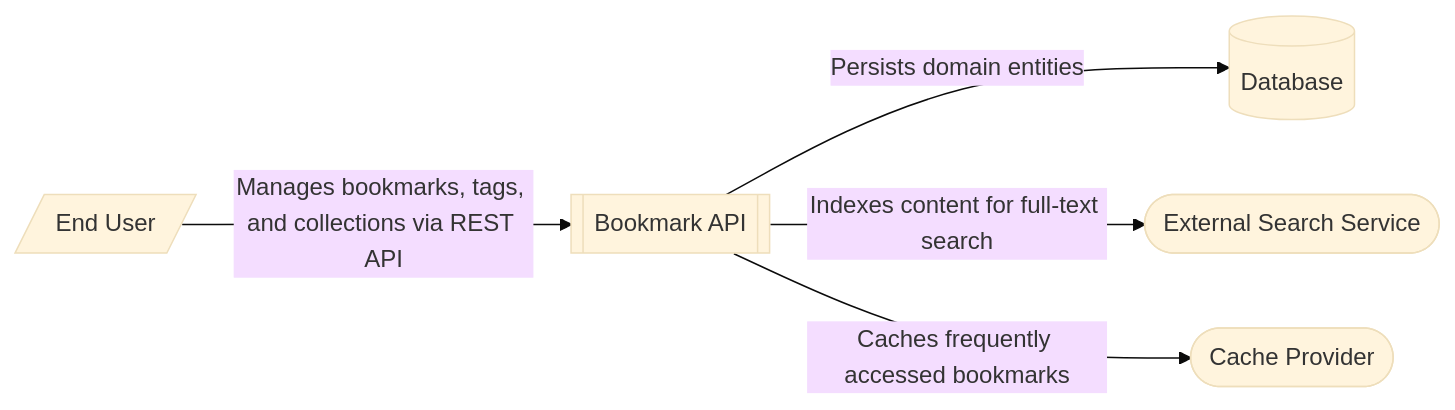
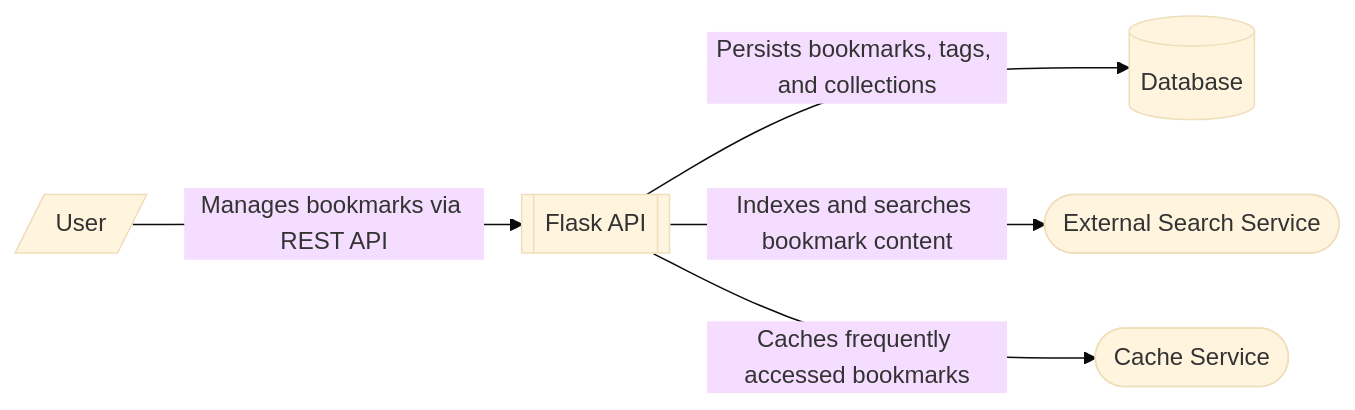
One commit to kaisen99/etchblok-test-api changed the diagram in docs/v1/architecture/architecture-overview/bookmark-management-system-context.md. Above: the diagram before and after it, drawn with Mermaid (base theme). The commit also changed other lines of this file and 105 other files, not shown here.

````diff
--- a/docs/v1/architecture/architecture-overview/bookmark-management-system-context.md
+++ b/docs/v1/architecture/architecture-overview/bookmark-management-system-context.md
@@ -18,13 +23,13 @@
 ```mermaid
 flowchart LR
-    User[/"End User"/]
-    API[["Bookmark API"]]
+    User[/User/]
+    API[["Flask API"]]
     DB[(Database)]
     Search([External Search Service])
-    Cache([Cache Provider])
+    Cache([Cache Service])
 
-    User -- "Manages bookmarks, tags, and collections via REST API" --> API
-    API -- "Persists domain entities" --> DB
-    API -- "Indexes content for full-text search" --> Search
+    User -- "Manages bookmarks via REST API" --> API
+    API -- "Persists bookmarks, tags, and collections" --> DB
+    API -- "Indexes and searches bookmark content" --> Search
     API -- "Caches frequently accessed bookmarks" --> Cache
 ```
````
